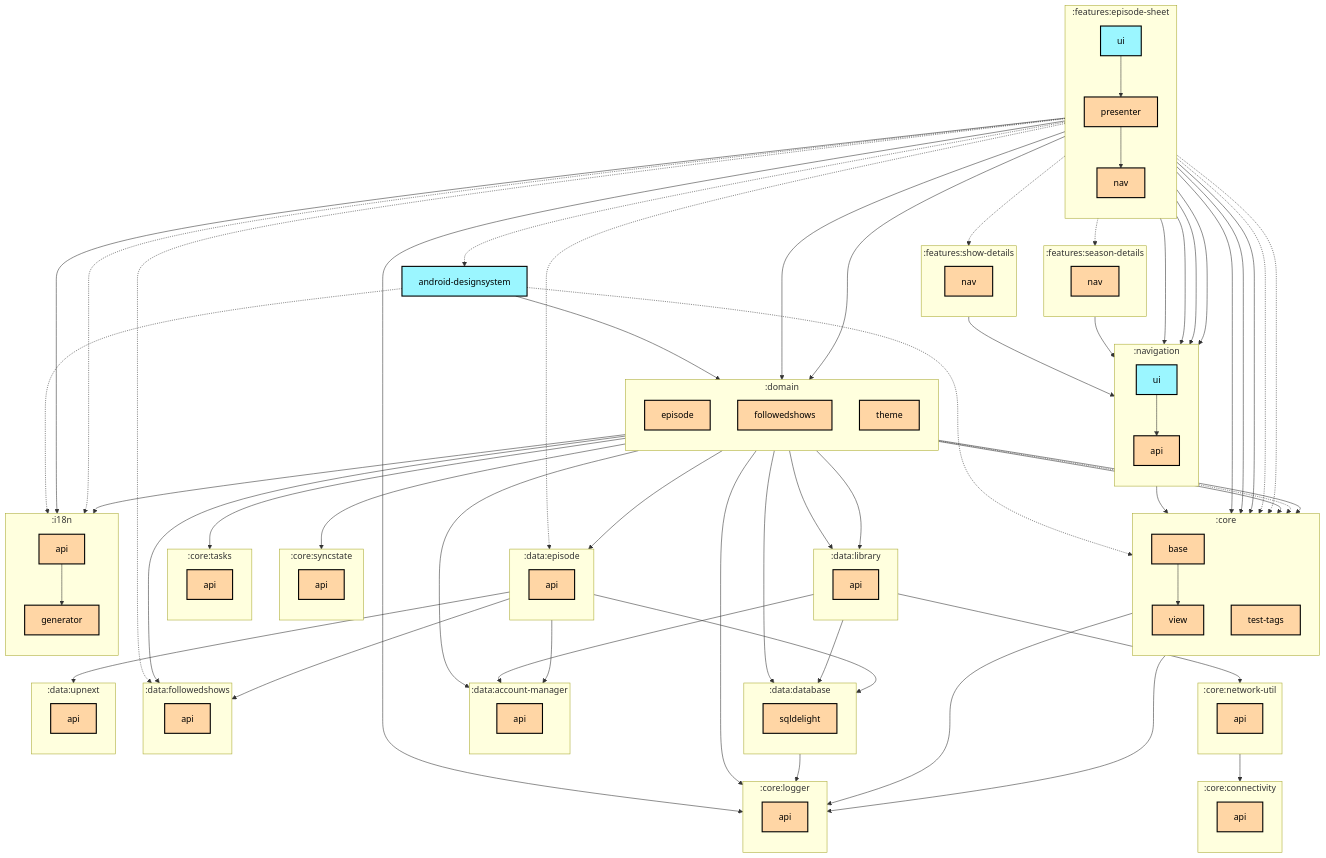
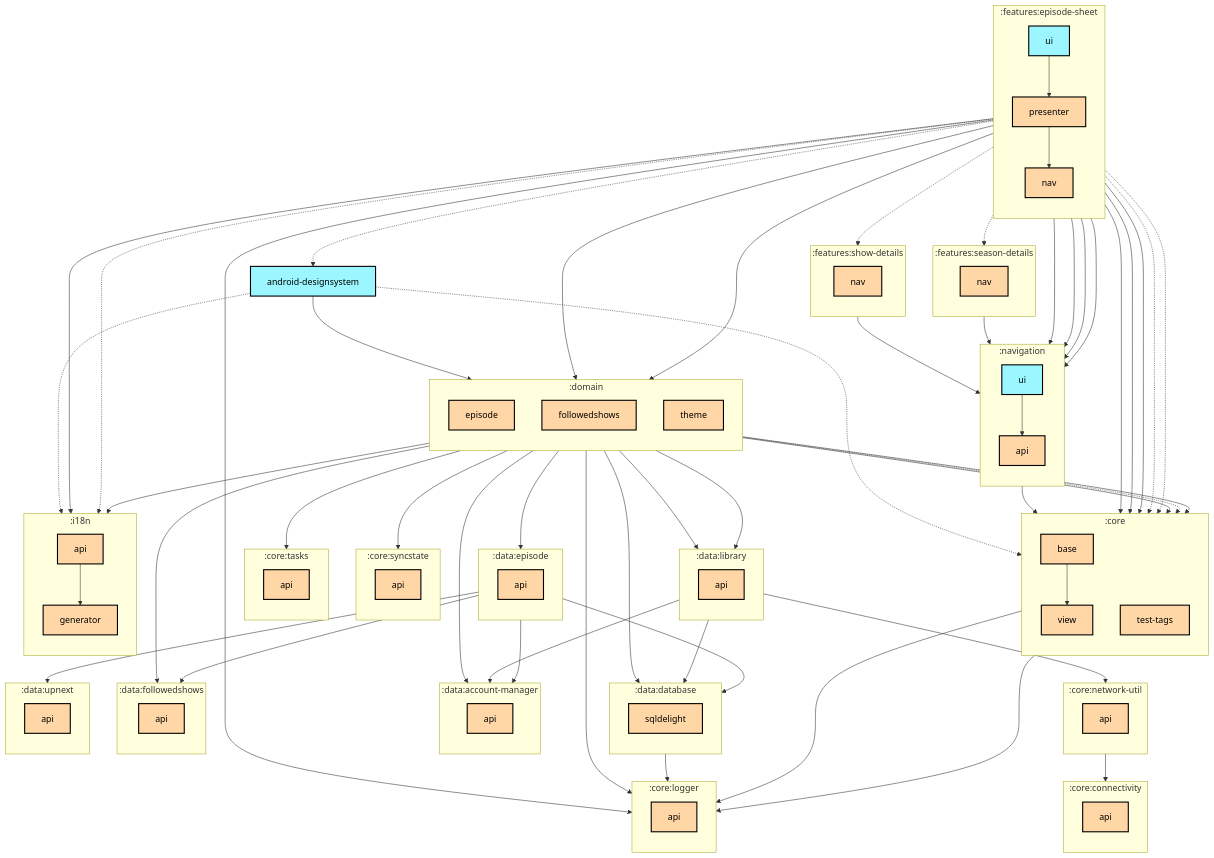
The first of 2 diagrams in features/episode-sheet/ui/README.md (thomaskioko/tv-maniac), drawn with Mermaid before and after one commit. The commit also changed 23 other files, not shown here.

Commit message:
🤖 Update module graphs

```diff
--- a/features/episode-sheet/ui/README.md
+++ b/features/episode-sheet/ui/README.md
@@ -119,8 +119,6 @@
   :features:episode-sheet:presenter --> :core:base
   :features:episode-sheet:presenter --> :core:logger:api
   :features:episode-sheet:presenter --> :core:view
-  :features:episode-sheet:presenter -.-> :data:episode:api
-  :features:episode-sheet:presenter -.-> :data:followedshows:api
   :features:episode-sheet:presenter --> :domain:episode
   :features:episode-sheet:presenter --> :domain:followedshows
   :features:episode-sheet:presenter --> :features:episode-sheet:nav
```
